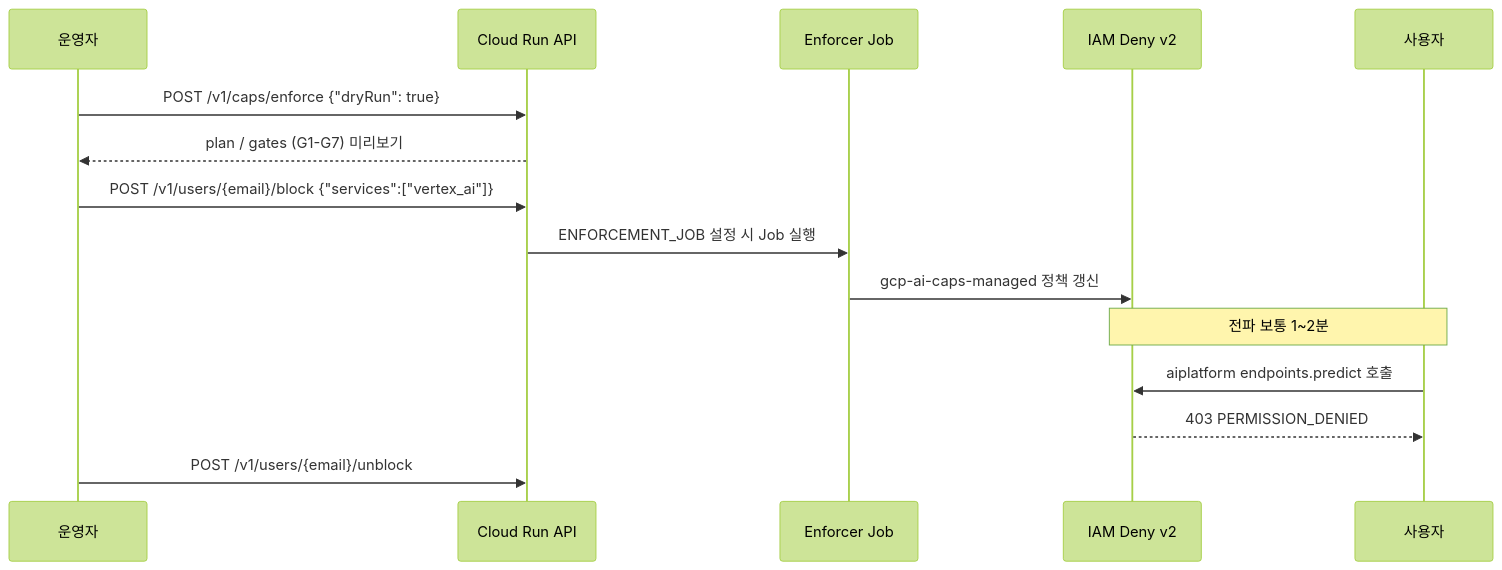
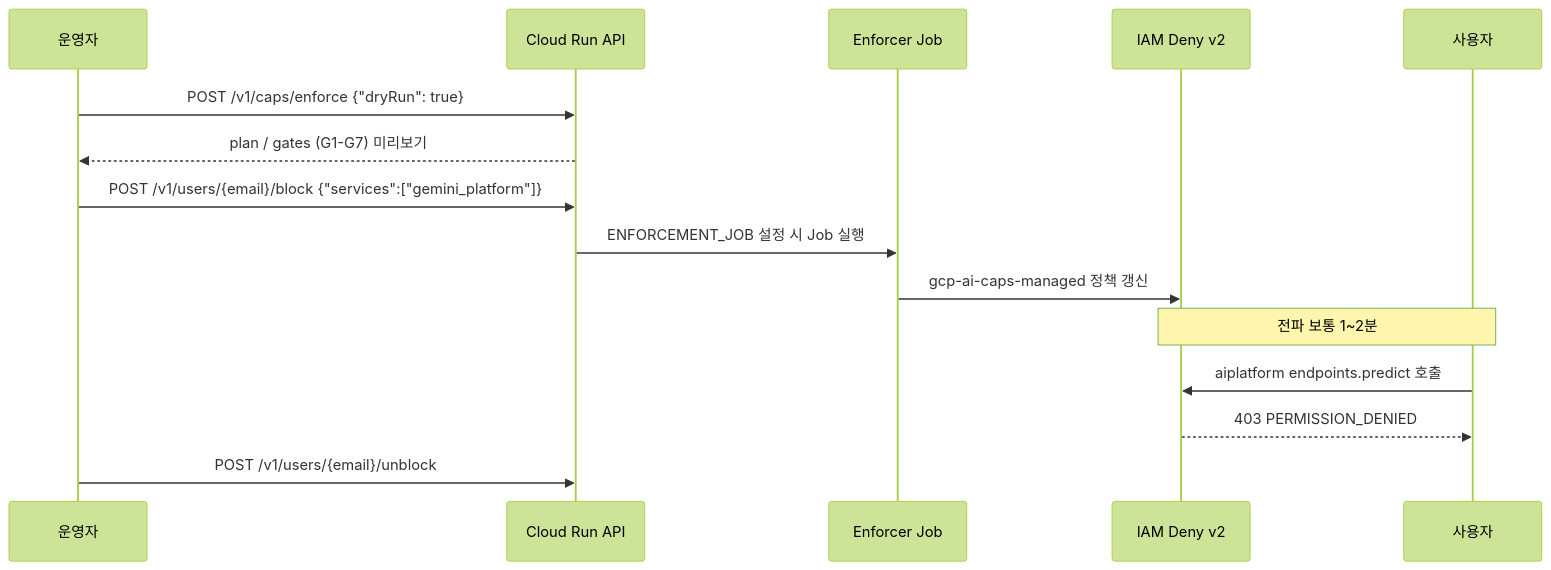
Before and after one commit to ldu1225/gcp-ai-usage-caps-api: the diagram in docs/operations-runbook.md, drawn with Mermaid (forest theme). The commit also changed other lines of this file and 29 other files, not shown here.

Commit message:
Rename surface vertex_ai -> gemini_platform (alias accepted), VERTEX_LOGGING_ENDPOINT override

````diff
--- a/docs/operations-runbook.md
+++ b/docs/operations-runbook.md
@@ -83,17 +83,17 @@
 ```mermaid
 sequenceDiagram
     participant Op as 운영자
     participant API as Cloud Run API
     participant Job as Enforcer Job
     participant IAM as IAM Deny v2
     participant U as 사용자
     Op->>API: POST /v1/caps/enforce {"dryRun": true}
     API-->>Op: plan / gates (G1-G7) 미리보기
-    Op->>API: POST /v1/users/{email}/block {"services":["vertex_ai"]}
+    Op->>API: POST /v1/users/{email}/block {"services":["gemini_platform"]}
     API->>Job: ENFORCEMENT_JOB 설정 시 Job 실행
     Job->>IAM: gcp-ai-caps-managed 정책 갱신
     Note over IAM,U: 전파 보통 1~2분
     U->>IAM: aiplatform endpoints.predict 호출
     IAM-->>U: 403 PERMISSION_DENIED
     Op->>API: POST /v1/users/{email}/unblock
 ```
````
